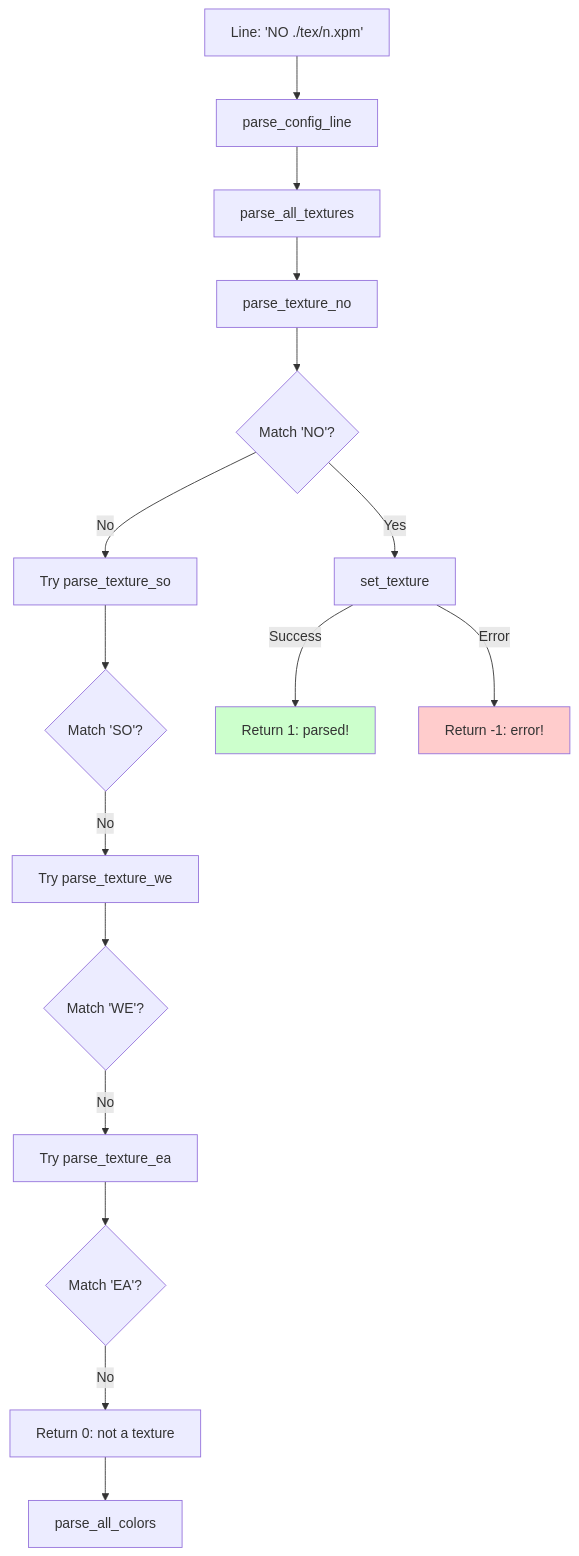
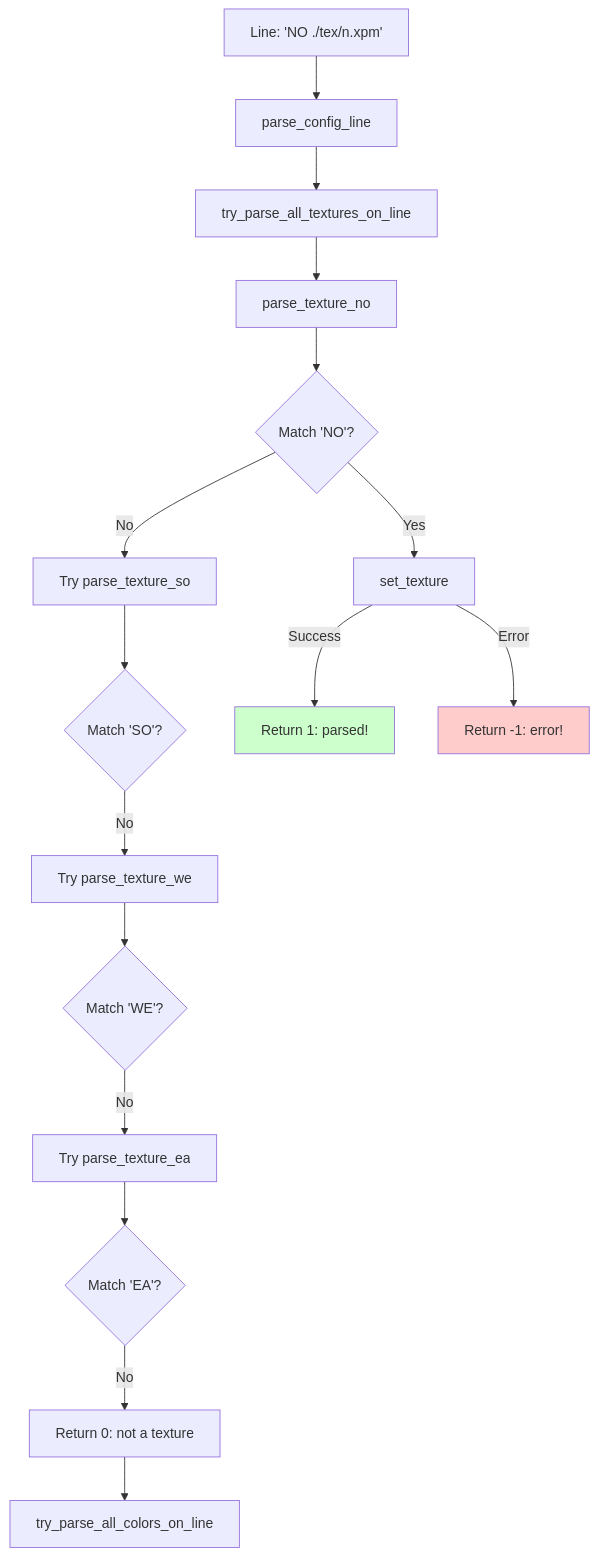
Before and after one commit to AhmedHodiani/cub3d: the sixth of 13 diagrams in docs/03_configuration_parsing.md, drawn with Mermaid. The commit also changed other lines of this file and 3 other files, not shown here.

````diff
--- a/docs/03_configuration_parsing.md
+++ b/docs/03_configuration_parsing.md
@@ -386,22 +386,22 @@
 ```mermaid
 graph TD
     A["Line: 'NO ./tex/n.xpm'"] --> B[parse_config_line]
-    B --> C[parse_all_textures]
+    B --> C[try_parse_all_textures_on_line]
     C --> D[parse_texture_no]
     D --> E{Match 'NO'?}
     E --> |Yes| F[set_texture]
     E --> |No| G[Try parse_texture_so]
     G --> H{Match 'SO'?}
     H --> |No| I[Try parse_texture_we]
     I --> J{Match 'WE'?}
     J --> |No| K[Try parse_texture_ea]
     K --> L{Match 'EA'?}
     L --> |No| M[Return 0: not a texture]
     F --> |Success| N[Return 1: parsed!]
     F --> |Error| O[Return -1: error!]
     
-    M --> P[parse_all_colors]
+    M --> P[try_parse_all_colors_on_line]
     
     style N fill:#ccffcc
     style O fill:#ffcccc
 ```
````
